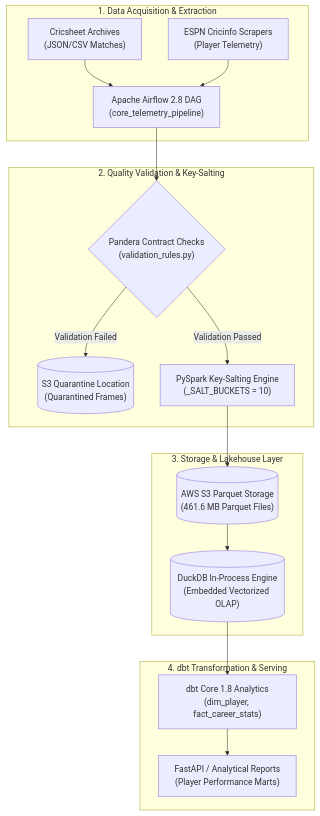
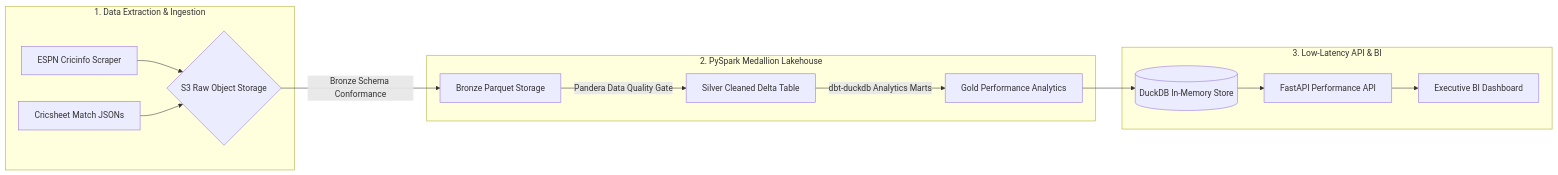
One commit to NADEEMTHEBA8/coverdrive changed the diagram in README.md. Above: the diagram before and after it, drawn with Mermaid. The commit also changed other lines of this file and 45 other files, not shown here.

````diff
--- a/README.md
+++ b/README.md
@@ -30,33 +9,19 @@
 ```mermaid
-flowchart TD
-    subgraph Ingestion ["1. Data Acquisition & Extraction"]
-        Cricsheet["Cricsheet Archives\n(JSON/CSV Matches)"]
-        ESPN["ESPN Cricinfo Scrapers\n(Player Telemetry)"]
-        Airflow["Apache Airflow 2.8 DAG\n(core_telemetry_pipeline)"]
-        Cricsheet --> Airflow
-        ESPN --> Airflow
+flowchart LR
+    subgraph Ingestion["1. Data Extraction & Ingestion"]
+        A[ESPN Cricinfo Scraper] --> B{S3 Raw Object Storage}
+        C[Cricsheet Match JSONs] --> B
     end
 
-    subgraph ShiftLeft ["2. Quality Validation & Key-Salting"]
-        Pandera{"Pandera Contract Checks\n(validation_rules.py)"}
-        Quarantine[("S3 Quarantine Location\n(Quarantined Frames)")]
-        PySpark["PySpark Key-Salting Engine\n(_SALT_BUCKETS = 10)"]
-        Airflow --> Pandera
-        Pandera -->|Validation Failed| Quarantine
-        Pandera -->|Validation Passed| PySpark
+    subgraph Lakehouse["2. PySpark Medallion Lakehouse"]
+        B -->|Bronze Schema Conformance| D[Bronze Parquet Storage]
+        D -->|Pandera Data Quality Gate| E[Silver Cleaned Delta Table]
+        E -->|dbt-duckdb Analytics Marts| F[Gold Performance Analytics]
     end
 
-    subgraph Storage ["3. Storage & Lakehouse Layer"]
-        S3[("AWS S3 Parquet Storage\n(461.6 MB Parquet Files)")]
-        DuckDB[("DuckDB In-Process Engine\n(Embedded Vectorized OLAP)")]
-        PySpark --> S3
-        S3 --> DuckDB
-    end
-
-    subgraph Analytics ["4. dbt Transformation & Serving"]
-        dbt["dbt Core 1.8 Analytics\n(dim_player, fact_career_stats)"]
-        API["FastAPI / Analytical Reports\n(Player Performance Marts)"]
-        DuckDB --> dbt
-        dbt --> API
+    subgraph Serving["3. Low-Latency API & BI"]
+        F --> G[(DuckDB In-Memory Store)]
+        G --> H[FastAPI Performance API]
+        H --> I[Executive BI Dashboard]
     end
 ```
````
